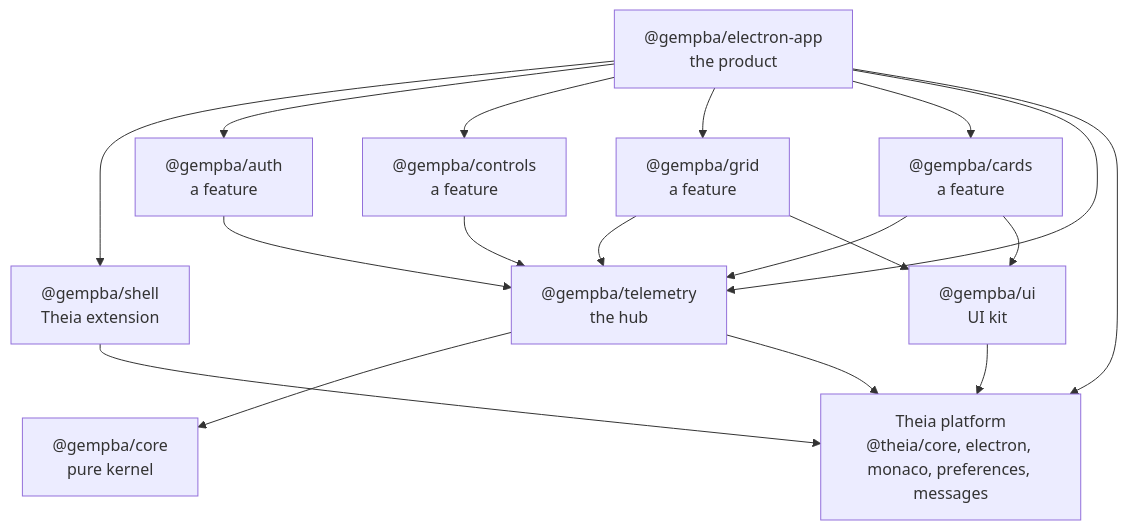
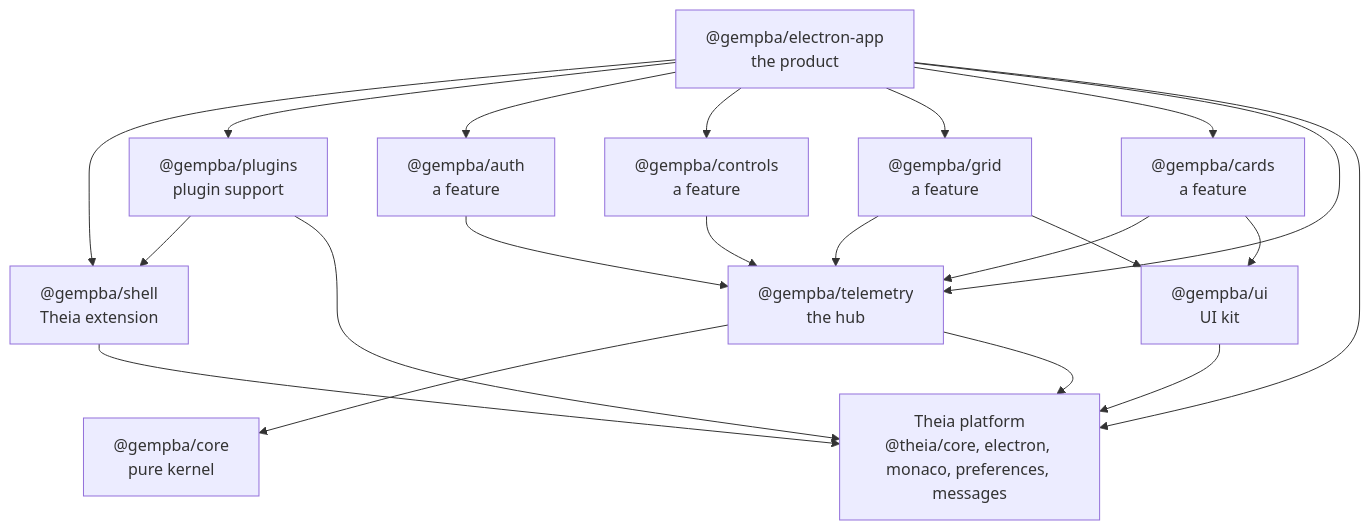
The second of 3 diagrams in ARCHITECTURE.md (rapastranac/gempba-dashboard), drawn with Mermaid before and after one commit. The commit also changed other lines of this file, not shown here.

First line of the commit message:
#58 docs: Document plugin support in ARCHITECTURE.md

````diff
--- a/ARCHITECTURE.md
+++ b/ARCHITECTURE.md
@@ -74,30 +74,34 @@
 ```mermaid
 flowchart TB
     app["@gempba/electron-app<br/>the product"]
     shell["@gempba/shell<br/>Theia extension"]
+    plugins["@gempba/plugins<br/>plugin support"]
     telemetry["@gempba/telemetry<br/>the hub"]
     auth["@gempba/auth<br/>a feature"]
     controls["@gempba/controls<br/>a feature"]
     grid["@gempba/grid<br/>a feature"]
     cards["@gempba/cards<br/>a feature"]
     ui["@gempba/ui<br/>UI kit"]
     core["@gempba/core<br/>pure kernel"]
     theia["Theia platform<br/>@theia/core, electron, monaco, preferences, messages"]
     app --> shell
+    app --> plugins
     app --> auth
     app --> controls
     app --> grid
     app --> cards
     app --> telemetry
     app --> theia
     auth --> telemetry
     controls --> telemetry
     grid --> telemetry
     grid --> ui
     cards --> telemetry
     cards --> ui
     ui --> theia
     shell --> theia
+    plugins --> shell
+    plugins --> theia
     telemetry --> core
     telemetry --> theia
 ```
````
